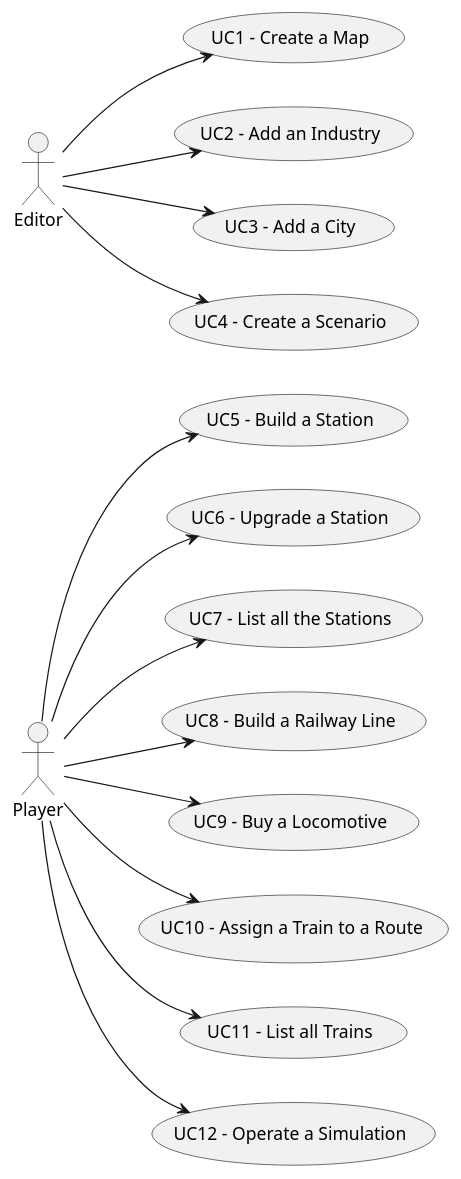
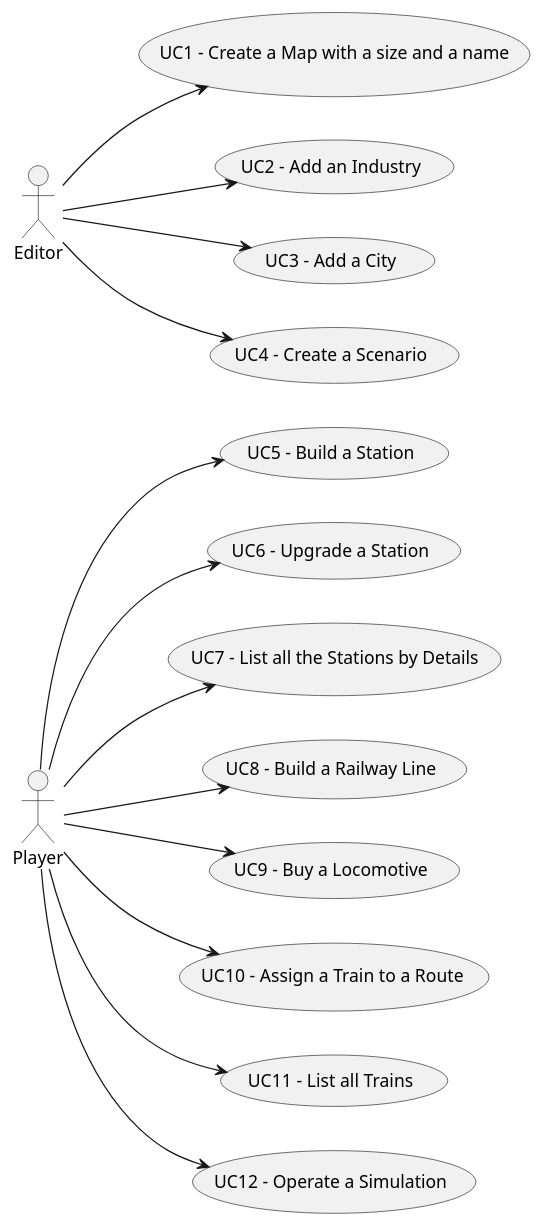
One commit to 1240826/empire-on-tracks changed the diagram in docs/system-documentation/global-artifacts/01.requirements-engineering/puml/UCD.puml. Above: the diagram before and after it, drawn with PlantUML. The commit also changed 12 other files, not shown here.

```diff
--- a/docs/system-documentation/global-artifacts/01.requirements-engineering/puml/UCD.puml
+++ b/docs/system-documentation/global-artifacts/01.requirements-engineering/puml/UCD.puml
@@ -1,20 +1,20 @@
 @startuml
 
 left to right direction
 
 
  Player --> (UC5 - Build a Station)
  Player --> (UC6 - Upgrade a Station)
- Player --> (UC7 - List all the Stations)
+ Player --> (UC7 - List all the Stations by Details)
  Player --> (UC8 - Build a Railway Line)
  Player --> (UC9 - Buy a Locomotive)
  Player --> (UC10 - Assign a Train to a Route)
  Player --> (UC11 - List all Trains)
  Player --> (UC12 - Operate a Simulation)
 
-Editor --> (UC1 - Create a Map)
+Editor --> (UC1 - Create a Map with a size and a name)
  Editor --> (UC2 - Add an Industry)
  Editor --> (UC3 - Add a City)
  Editor --> (UC4 - Create a Scenario)
 
  @enduml
```
